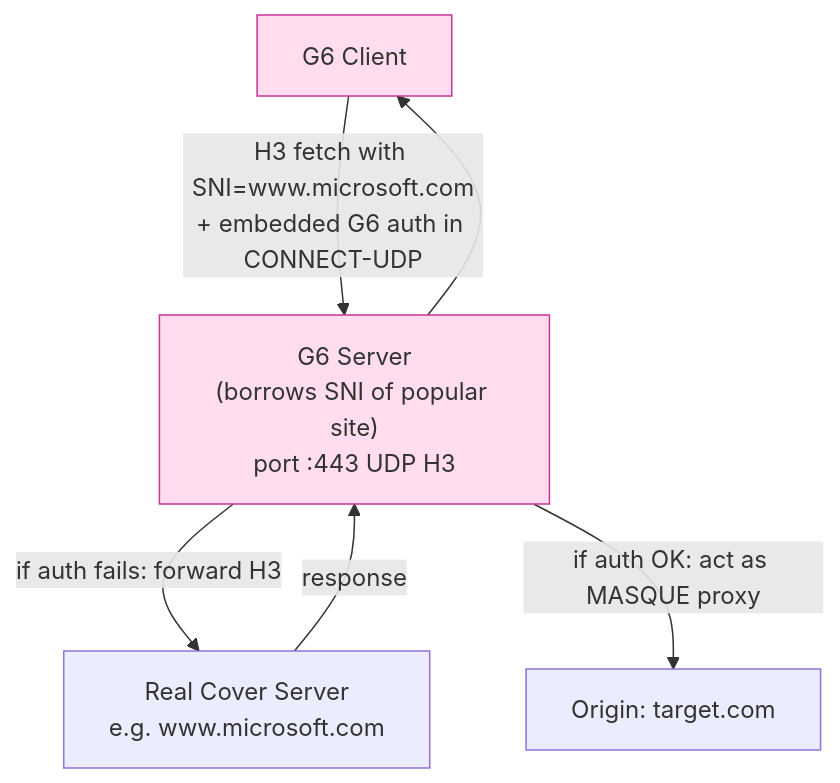
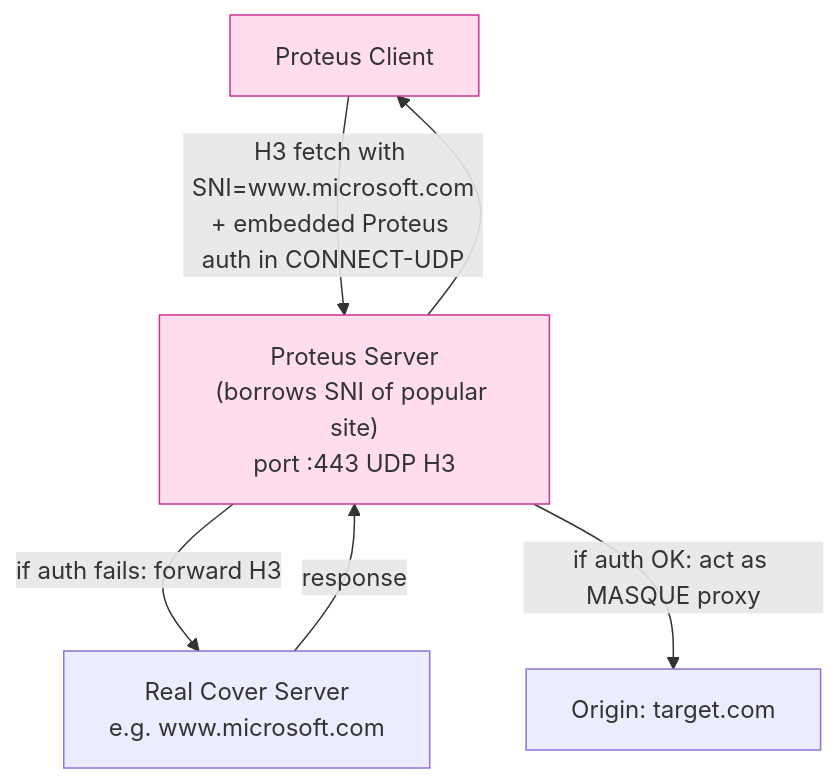
Before and after one commit to Icarus603/network-from-scratch: the second of 2 diagrams in lessons/part-11-design/11.4-architecture-decision.md, drawn with Mermaid. The commit also changed other lines of this file and 300 other files, not shown here.

````diff
--- a/lessons/part-11-design/11.4-architecture-decision.md
+++ b/lessons/part-11-design/11.4-architecture-decision.md
@@ -130,15 +130,15 @@
 ```mermaid
 flowchart TD
-  CLI[G6 Client]
-  G6S["G6 Server<br/>(borrows SNI of popular site)<br/>port :443 UDP H3"]
+  CLI[Proteus Client]
+  ProteusS["Proteus Server<br/>(borrows SNI of popular site)<br/>port :443 UDP H3"]
   COVER[Real Cover Server<br/>e.g. www.microsoft.com]
   ORIG[Origin: target.com]
 
-  CLI -- "H3 fetch with SNI=www.microsoft.com<br/>+ embedded G6 auth in CONNECT-UDP" --> G6S
-  G6S -- "if auth fails: forward H3" --> COVER
-  COVER -- response --> G6S --> CLI
-  G6S -- "if auth OK: act as MASQUE proxy" --> ORIG
+  CLI -- "H3 fetch with SNI=www.microsoft.com<br/>+ embedded Proteus auth in CONNECT-UDP" --> ProteusS
+  ProteusS -- "if auth fails: forward H3" --> COVER
+  COVER -- response --> ProteusS --> CLI
+  ProteusS -- "if auth OK: act as MASQUE proxy" --> ORIG
 
   classDef ours fill:#fde,stroke:#c39
-  class G6S,CLI ours
+  class ProteusS,CLI ours
 ```
````
